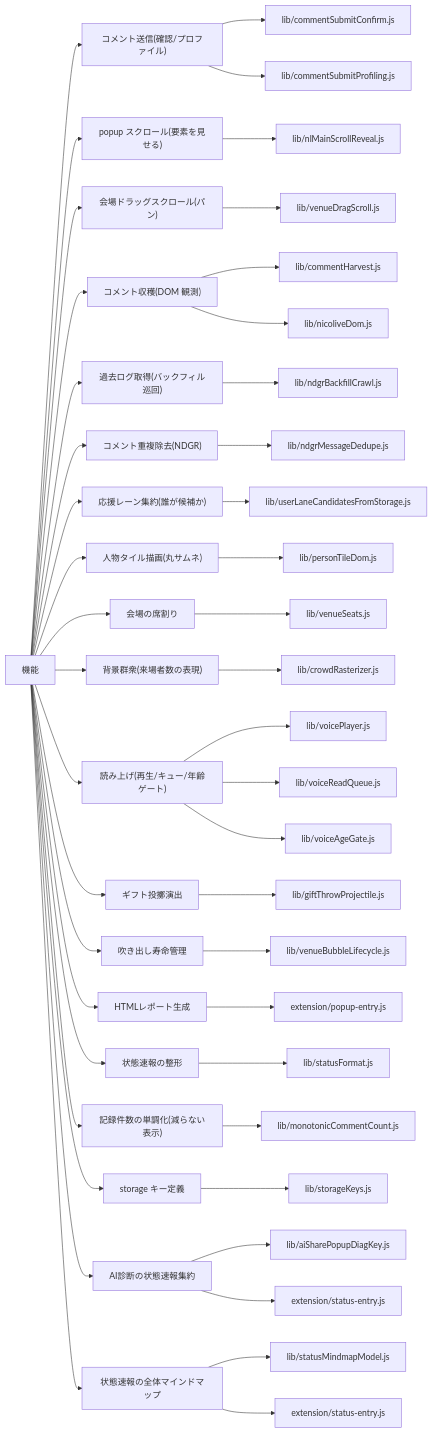
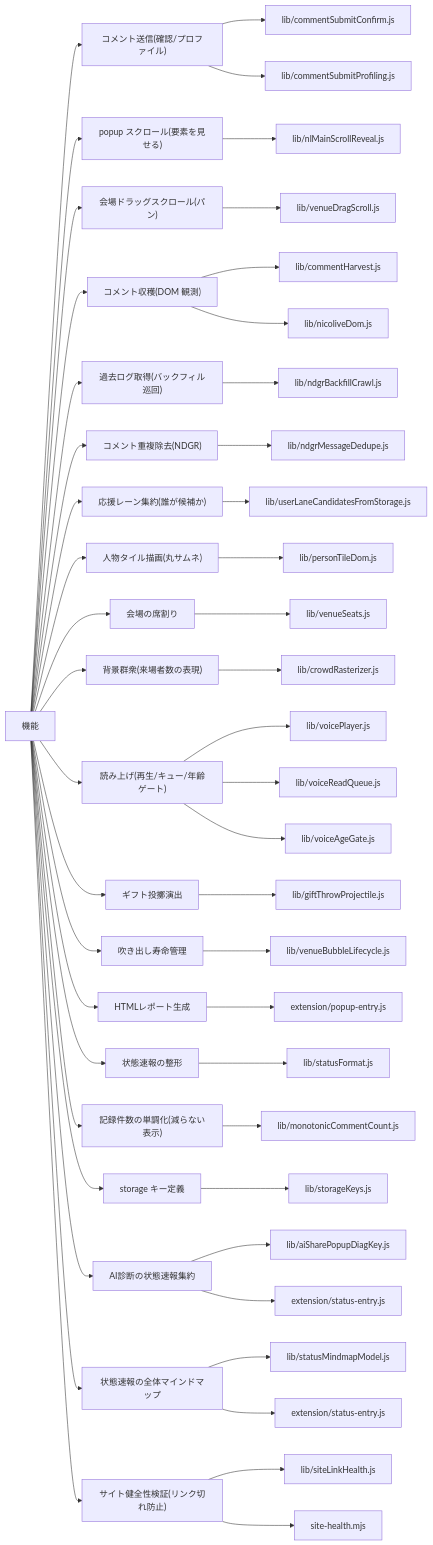
One commit to kimito-link/tsuioku-no-kirameki.com changed the second of 2 diagrams in docs/repo-tree-map.md. Above: the diagram before and after it, drawn with Mermaid. The commit also changed other lines of this file and 11 other files, not shown here.

First line of the commit message:
feat(site-health): 公開ページの内部リンク健全性チェックを新設(Web健全性MAP 第1・verify未挿入)

````diff
--- a/docs/repo-tree-map.md
+++ b/docs/repo-tree-map.md
@@ -61,48 +61,51 @@
 ```mermaid
 graph LR
   HUB["機能"]
   HUB --> f0["コメント送信(確認/プロファイル)"]
   f0 --> f0_0["lib/commentSubmitConfirm.js"]
   f0 --> f0_1["lib/commentSubmitProfiling.js"]
   HUB --> f1["popup スクロール(要素を見せる)"]
   f1 --> f1_0["lib/nlMainScrollReveal.js"]
   HUB --> f2["会場ドラッグスクロール(パン)"]
   f2 --> f2_0["lib/venueDragScroll.js"]
   HUB --> f3["コメント収穫(DOM 観測)"]
   f3 --> f3_0["lib/commentHarvest.js"]
   f3 --> f3_1["lib/nicoliveDom.js"]
   HUB --> f4["過去ログ取得(バックフィル巡回)"]
   f4 --> f4_0["lib/ndgrBackfillCrawl.js"]
   HUB --> f5["コメント重複除去(NDGR)"]
   f5 --> f5_0["lib/ndgrMessageDedupe.js"]
   HUB --> f6["応援レーン集約(誰が候補か)"]
   f6 --> f6_0["lib/userLaneCandidatesFromStorage.js"]
   HUB --> f7["人物タイル描画(丸サムネ)"]
   f7 --> f7_0["lib/personTileDom.js"]
   HUB --> f8["会場の席割り"]
   f8 --> f8_0["lib/venueSeats.js"]
   HUB --> f9["背景群衆(来場者数の表現)"]
   f9 --> f9_0["lib/crowdRasterizer.js"]
   HUB --> f10["読み上げ(再生/キュー/年齢ゲート)"]
   f10 --> f10_0["lib/voicePlayer.js"]
   f10 --> f10_1["lib/voiceReadQueue.js"]
   f10 --> f10_2["lib/voiceAgeGate.js"]
   HUB --> f11["ギフト投擲演出"]
   f11 --> f11_0["lib/giftThrowProjectile.js"]
   HUB --> f12["吹き出し寿命管理"]
   f12 --> f12_0["lib/venueBubbleLifecycle.js"]
   HUB --> f13["HTMLレポート生成"]
   f13 --> f13_0["extension/popup-entry.js"]
   HUB --> f14["状態速報の整形"]
   f14 --> f14_0["lib/statusFormat.js"]
   HUB --> f15["記録件数の単調化(減らない表示)"]
   f15 --> f15_0["lib/monotonicCommentCount.js"]
   HUB --> f16["storage キー定義"]
   f16 --> f16_0["lib/storageKeys.js"]
   HUB --> f17["AI診断の状態速報集約"]
   f17 --> f17_0["lib/aiSharePopupDiagKey.js"]
   f17 --> f17_1["extension/status-entry.js"]
   HUB --> f18["状態速報の全体マインドマップ"]
   f18 --> f18_0["lib/statusMindmapModel.js"]
   f18 --> f18_1["extension/status-entry.js"]
+  HUB --> f19["サイト健全性検証(リンク切れ防止)"]
+  f19 --> f19_0["lib/siteLinkHealth.js"]
+  f19 --> f19_1["site-health.mjs"]
 ```
````
